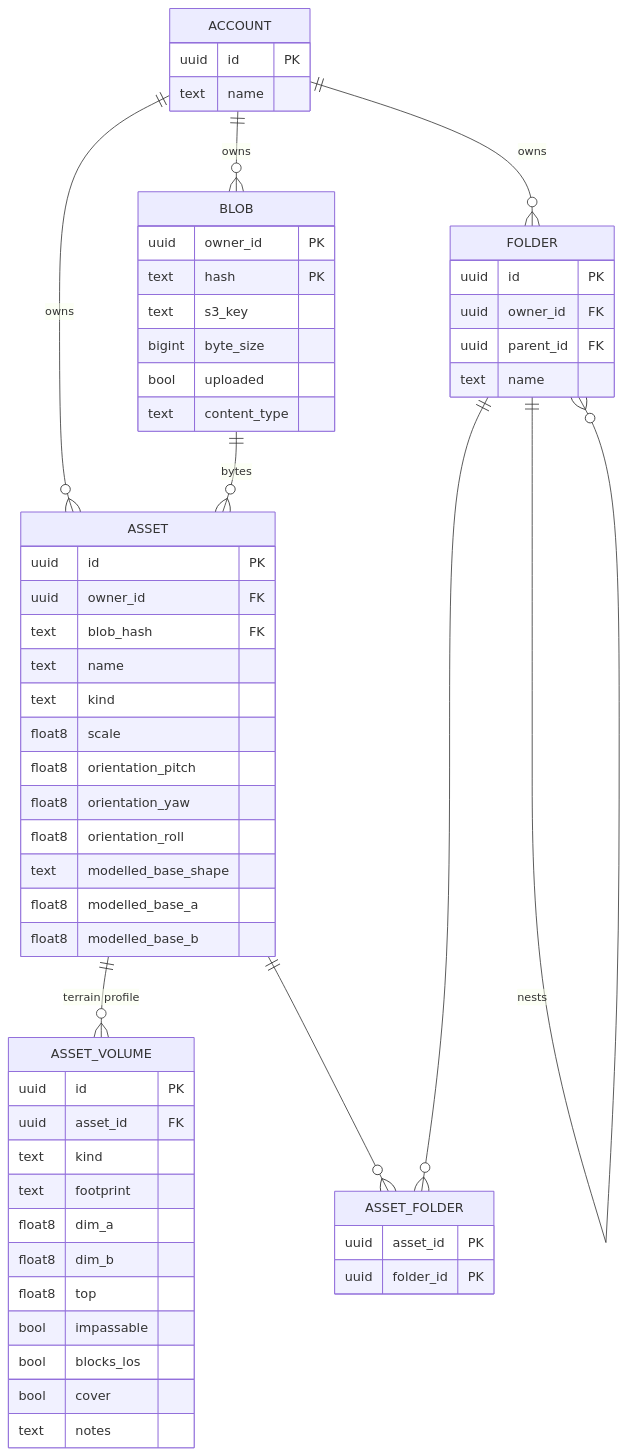
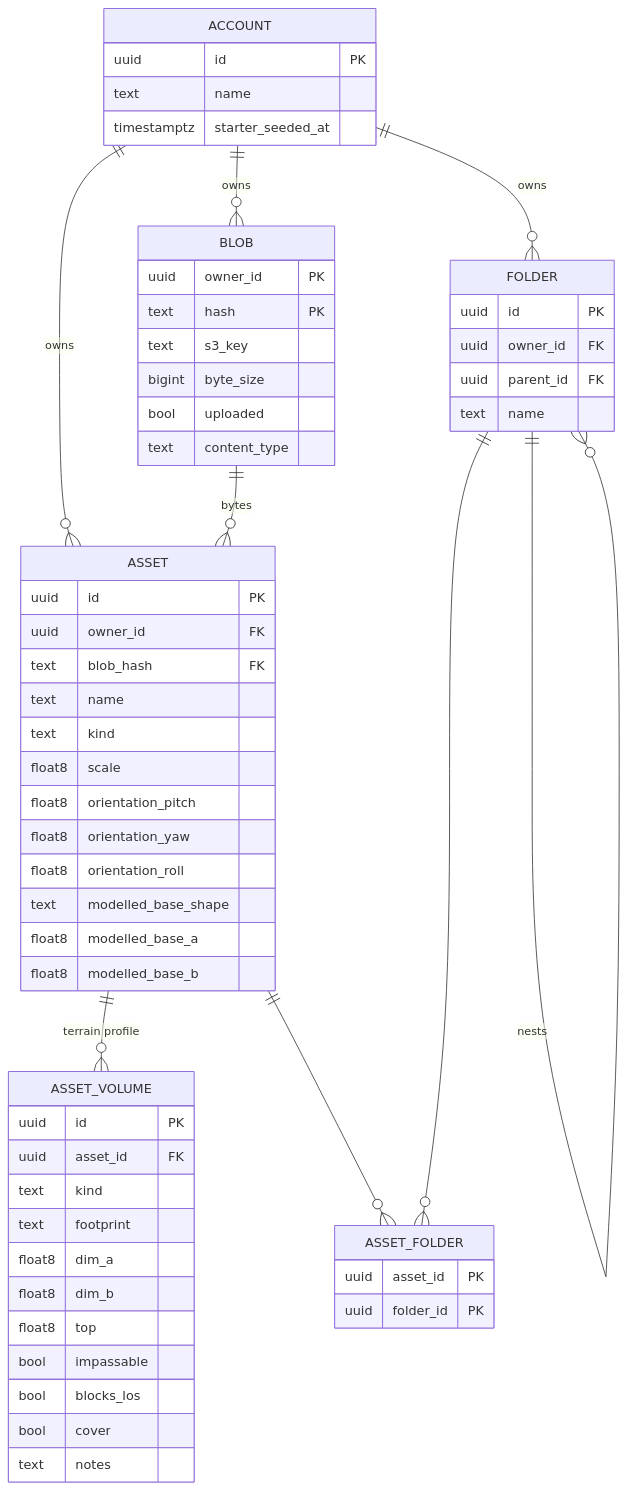
One commit to cstupi/tabletop changed the tenth of 12 diagrams in docs/design/management-api/design.md. Above: the diagram before and after it, drawn with Mermaid. The commit also changed other lines of this file and 15 other files, not shown here.

````diff
--- a/docs/design/management-api/design.md
+++ b/docs/design/management-api/design.md
@@ -1157,61 +1178,62 @@
 ```mermaid
 erDiagram
     ACCOUNT ||--o{ BLOB : owns
     ACCOUNT ||--o{ ASSET : owns
     ACCOUNT ||--o{ FOLDER : owns
     BLOB ||--o{ ASSET : bytes
     ASSET ||--o{ ASSET_VOLUME : "terrain profile"
     FOLDER ||--o{ FOLDER : nests
     ASSET ||--o{ ASSET_FOLDER : ""
     FOLDER ||--o{ ASSET_FOLDER : ""
 
     ACCOUNT {
         uuid id PK
         text name
+        timestamptz starter_seeded_at
     }
     BLOB {
         uuid owner_id PK
         text hash PK
         text s3_key
         bigint byte_size
         bool uploaded
         text content_type
     }
     ASSET {
         uuid id PK
         uuid owner_id FK
         text blob_hash FK
         text name
         text kind
         float8 scale
         float8 orientation_pitch
         float8 orientation_yaw
         float8 orientation_roll
         text modelled_base_shape
         float8 modelled_base_a
         float8 modelled_base_b
     }
     ASSET_VOLUME {
         uuid id PK
         uuid asset_id FK
         text kind
         text footprint
         float8 dim_a
         float8 dim_b
         float8 top
         bool impassable
         bool blocks_los
         bool cover
         text notes
     }
     FOLDER {
         uuid id PK
         uuid owner_id FK
         uuid parent_id FK
         text name
     }
     ASSET_FOLDER {
         uuid asset_id PK
         uuid folder_id PK
     }
 ```
````
